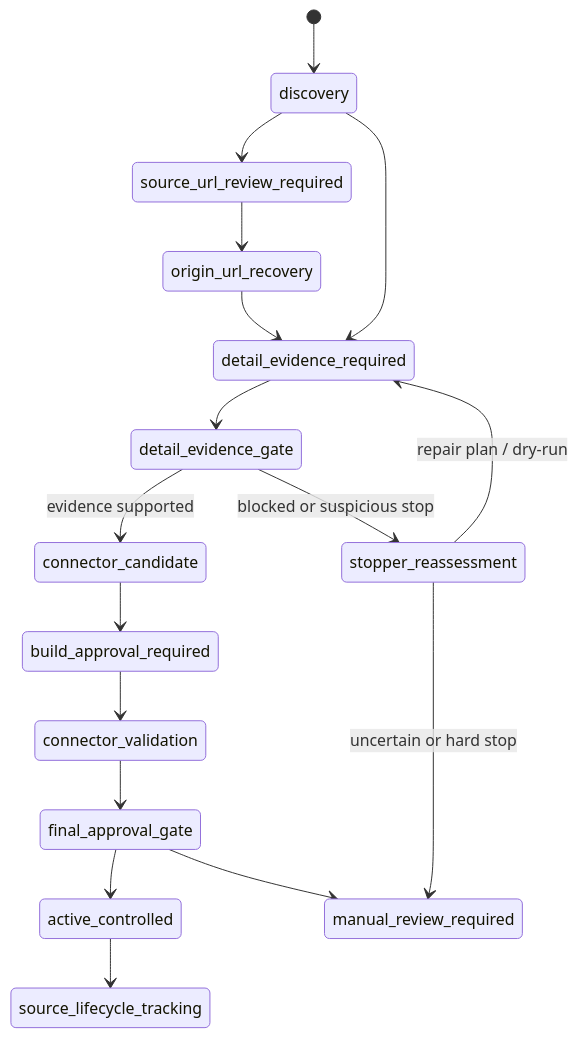
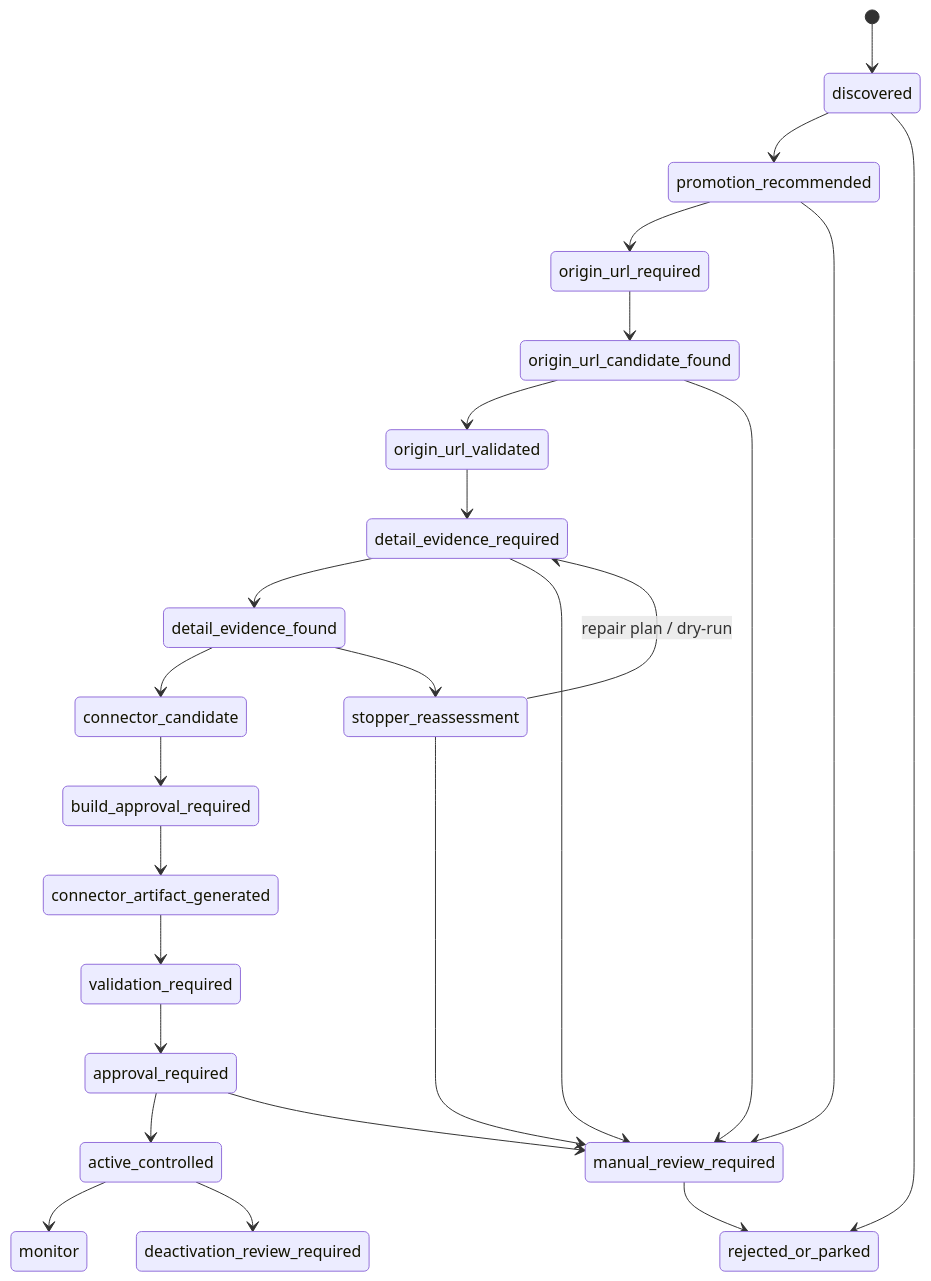
Before and after one commit to jenshaberle-dotcom/job-application-pipeline: the second of 6 diagrams in docs/architecture/system_diagrams.md, drawn with Mermaid. The commit also changed other lines of this file and 11 other files, not shown here.

Commit message:
Consolidate architecture documentation and diagrams (#194)

````diff
--- a/docs/architecture/system_diagrams.md
+++ b/docs/architecture/system_diagrams.md
@@ -35,19 +46,27 @@
 ```mermaid
 stateDiagram-v2
-    [*] --> discovery
-    discovery --> source_url_review_required
-    discovery --> detail_evidence_required
-    source_url_review_required --> origin_url_recovery
-    origin_url_recovery --> detail_evidence_required
-    detail_evidence_required --> detail_evidence_gate
-    detail_evidence_gate --> connector_candidate: evidence supported
-    detail_evidence_gate --> stopper_reassessment: blocked or suspicious stop
+    [*] --> discovered
+    discovered --> promotion_recommended
+    discovered --> rejected_or_parked
+    promotion_recommended --> origin_url_required
+    promotion_recommended --> manual_review_required
+    origin_url_required --> origin_url_candidate_found
+    origin_url_candidate_found --> origin_url_validated
+    origin_url_candidate_found --> manual_review_required
+    origin_url_validated --> detail_evidence_required
+    detail_evidence_required --> detail_evidence_found
+    detail_evidence_required --> manual_review_required
+    detail_evidence_found --> connector_candidate
+    detail_evidence_found --> stopper_reassessment
     stopper_reassessment --> detail_evidence_required: repair plan / dry-run
-    stopper_reassessment --> manual_review_required: uncertain or hard stop
+    stopper_reassessment --> manual_review_required
     connector_candidate --> build_approval_required
-    build_approval_required --> connector_validation
-    connector_validation --> final_approval_gate
-    final_approval_gate --> active_controlled
-    final_approval_gate --> manual_review_required
-    active_controlled --> source_lifecycle_tracking
+    build_approval_required --> connector_artifact_generated
+    connector_artifact_generated --> validation_required
+    validation_required --> approval_required
+    approval_required --> active_controlled
+    approval_required --> manual_review_required
+    active_controlled --> monitor
+    active_controlled --> deactivation_review_required
+    manual_review_required --> rejected_or_parked
 ```
````
